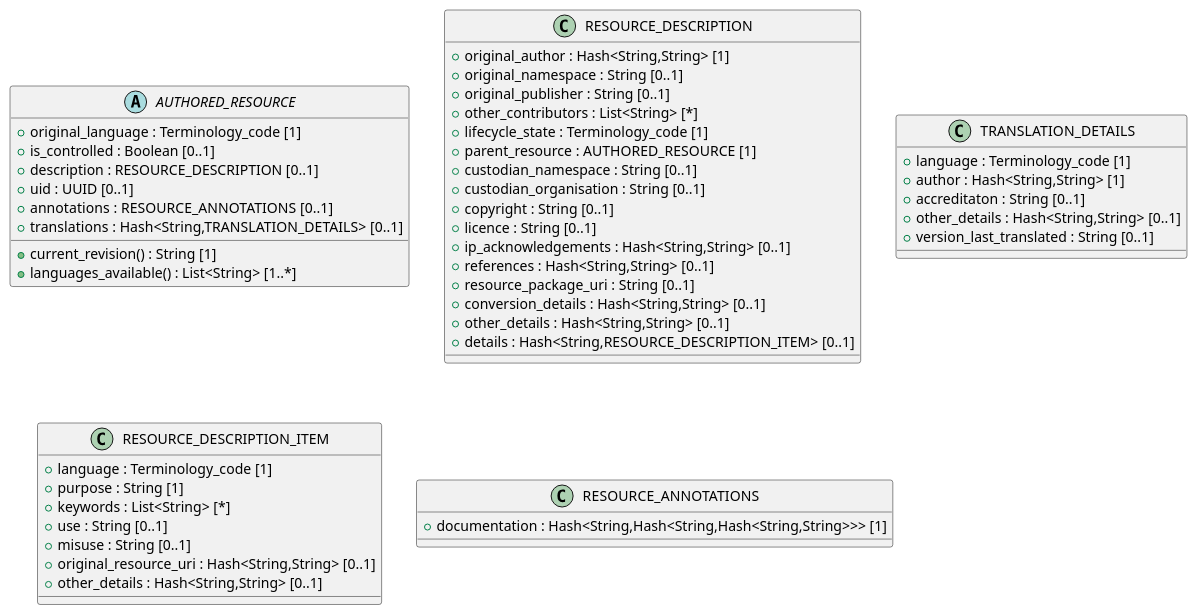
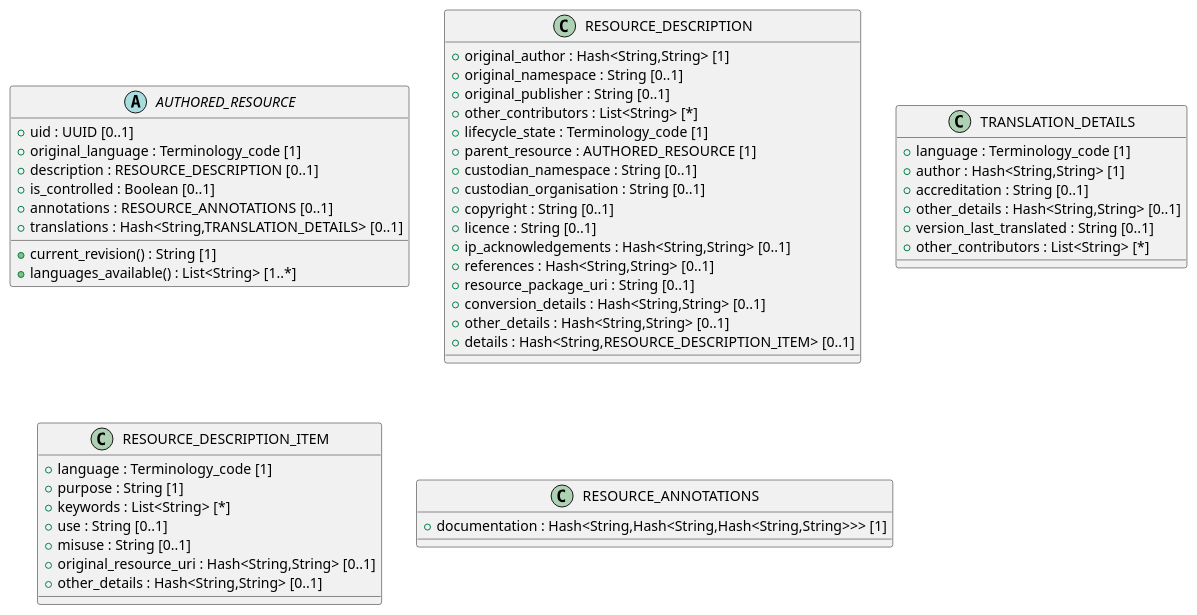
One commit to sebastian-iancu/code-generator changed the diagram in code/Adoc/openehr_base_1.2.0/plantUML/packages/org.openehr.base.resource.adoc. Above: the diagram before and after it, drawn with PlantUML. The commit also changed 719 other files, not shown here.

```diff
--- a/code/Adoc/openehr_base_1.2.0/plantUML/packages/org.openehr.base.resource.adoc
+++ b/code/Adoc/openehr_base_1.2.0/plantUML/packages/org.openehr.base.resource.adoc
@@ -1,59 +1,60 @@
 [plantuml,org.openehr.base.resource,format=svg,svg-type="inline"]
 -----
 @startuml
 
 abstract class AUTHORED_RESOURCE {
+  + uid : UUID [0..1]
   + original_language : Terminology_code [1]
+  + description : RESOURCE_DESCRIPTION [0..1]
   + is_controlled : Boolean [0..1]
-  + description : RESOURCE_DESCRIPTION [0..1]
-  + uid : UUID [0..1]
   + annotations : RESOURCE_ANNOTATIONS [0..1]
   + translations : Hash<String,TRANSLATION_DETAILS> [0..1]
   + current_revision() : String [1]
   + languages_available() : List<String> [1..*]
 }
 
 class RESOURCE_DESCRIPTION {
   + original_author : Hash<String,String> [1]
   + original_namespace : String [0..1]
   + original_publisher : String [0..1]
   + other_contributors : List<String> [*]
   + lifecycle_state : Terminology_code [1]
   + parent_resource : AUTHORED_RESOURCE [1]
   + custodian_namespace : String [0..1]
   + custodian_organisation : String [0..1]
   + copyright : String [0..1]
   + licence : String [0..1]
   + ip_acknowledgements : Hash<String,String> [0..1]
   + references : Hash<String,String> [0..1]
   + resource_package_uri : String [0..1]
   + conversion_details : Hash<String,String> [0..1]
   + other_details : Hash<String,String> [0..1]
   + details : Hash<String,RESOURCE_DESCRIPTION_ITEM> [0..1]
 }
 
 class TRANSLATION_DETAILS {
   + language : Terminology_code [1]
   + author : Hash<String,String> [1]
-  + accreditaton : String [0..1]
+  + accreditation : String [0..1]
   + other_details : Hash<String,String> [0..1]
   + version_last_translated : String [0..1]
+  + other_contributors : List<String> [*]
 }
 
 class RESOURCE_DESCRIPTION_ITEM {
   + language : Terminology_code [1]
   + purpose : String [1]
   + keywords : List<String> [*]
   + use : String [0..1]
   + misuse : String [0..1]
   + original_resource_uri : Hash<String,String> [0..1]
   + other_details : Hash<String,String> [0..1]
 }
 
 class RESOURCE_ANNOTATIONS {
   + documentation : Hash<String,Hash<String,Hash<String,String>>> [1]
 }
 
 
 @enduml
 -----
```
